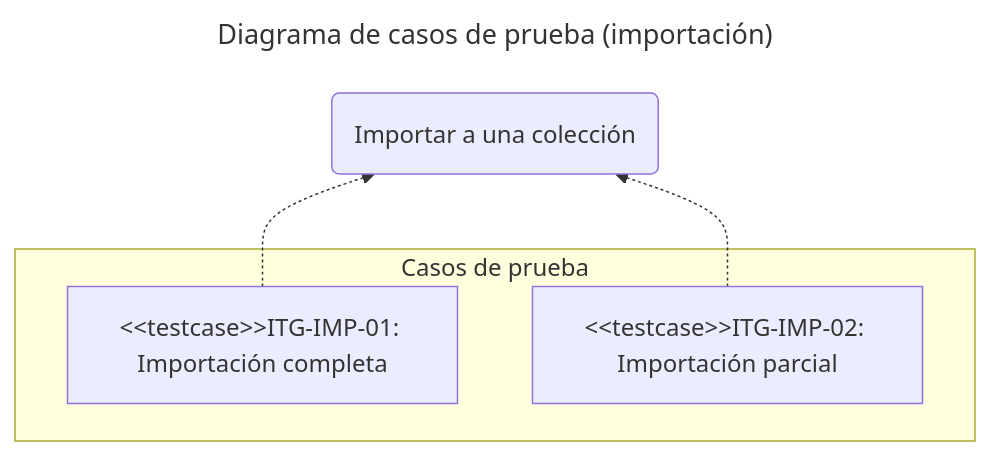
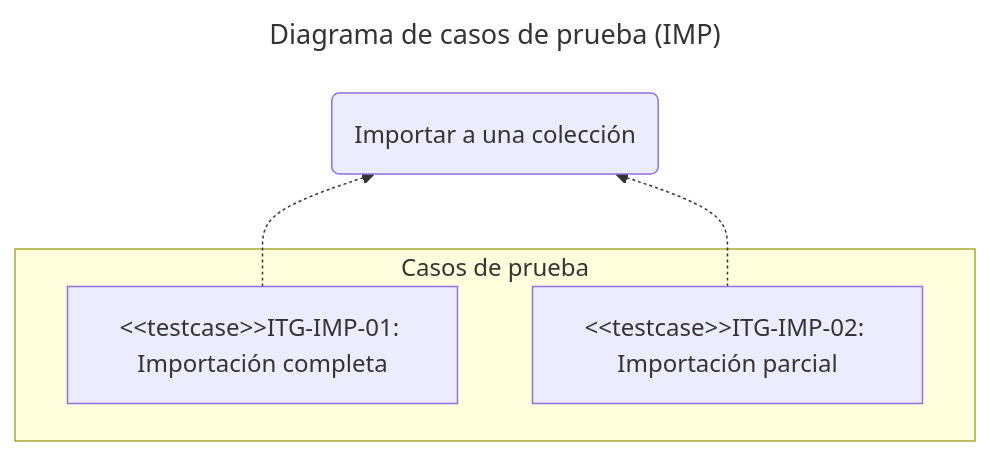
One commit to chromiodev/chromie-tool changed the third of 4 diagrams in docs/spec/tests/integration.es.md. Above: the diagram before and after it, drawn with Mermaid. The commit also changed other lines of this file and 25 other files, not shown here.

````diff
--- a/docs/spec/tests/integration.es.md
+++ b/docs/spec/tests/integration.es.md
@@ -151,18 +151,18 @@
 ```mermaid
 ---
-title: Diagrama de casos de prueba (importación)
+title: Diagrama de casos de prueba (IMP)
 config:
 ---
 
 graph BT
   %% use cases
   importColl@{ shape: "rounded", label: "Importar a una colección" }
 
   subgraph "Casos de prueba"
     importFullColl@{ scope="rounded", label: "#lt;#lt;testcase>>ITG-IMP-01: Importación completa" }
     importPartialColl@{ scope="rounded", label: "#lt;#lt;testcase>>ITG-IMP-02: Importación parcial" }
   end
 
   importFullColl -.-> importColl
   importPartialColl -.-> importColl
 ```
````
